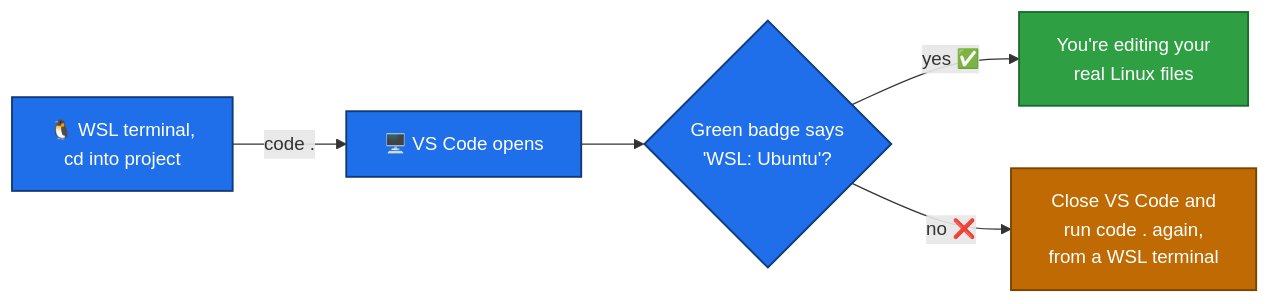
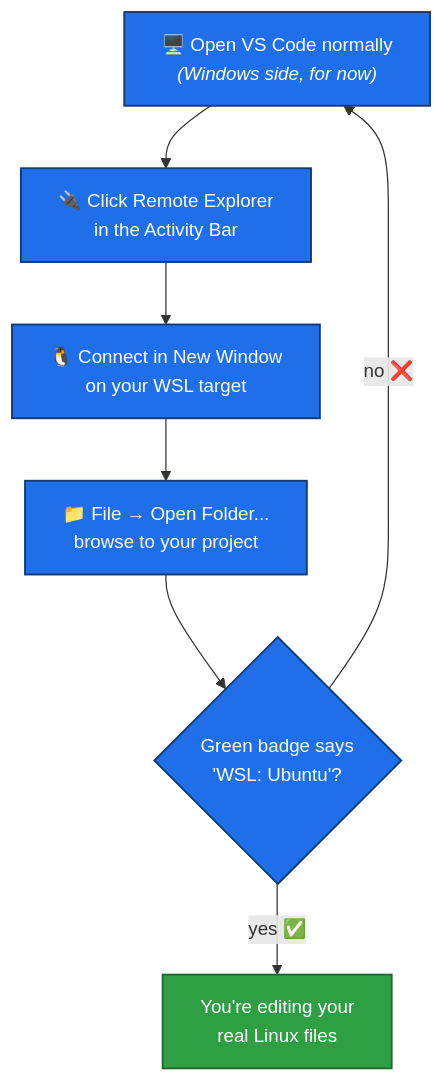
The diagram in Knowledge/VSCode/02-vscode-with-wsl.md (bhuvi-garg/Med-Verify), drawn with Mermaid before and after one commit. The commit also changed other lines of this file and 4 other files, not shown here.

First line of the commit message:
mv: fix branch diagram overlap and VS Code method

````diff
--- a/Knowledge/VSCode/02-vscode-with-wsl.md
+++ b/Knowledge/VSCode/02-vscode-with-wsl.md
@@ -29,16 +20,17 @@
 ```mermaid
 %%{init: {"flowchart": {"curve": "basis"}, "themeVariables": {"fontSize": "15px"}} }%%
-flowchart LR
-    A["🐧 WSL terminal,<br/>cd into project"] -- "code ." --> B["🖥️ VS Code opens"]
-    B --> C{"Green badge says<br/>'WSL: Ubuntu'?"}
-    C -- "yes ✅" --> D["You're editing your<br/>real Linux files"]
-    C -- "no ❌" --> E["Close VS Code and<br/>run code . again,<br/>from a WSL terminal"]
+flowchart TB
+    A["🖥️ Open VS Code normally<br/><i>(Windows side, for now)</i>"] --> B["🔌 Click Remote Explorer<br/>in the Activity Bar"]
+    B --> C["🐧 Connect in New Window<br/>on your WSL target"]
+    C --> D["📁 File → Open Folder...<br/>browse to your project"]
+    D --> E{"Green badge says<br/>'WSL: Ubuntu'?"}
+    E -- "yes ✅" --> F["You're editing your<br/>real Linux files"]
+    E -- "no ❌" --> A
 
     classDef good fill:#2ea043,stroke:#1a6b30,color:#ffffff,stroke-width:1.5px;
     classDef bad fill:#bf6a02,stroke:#7a4400,color:#ffffff,stroke-width:1.5px;
     classDef step fill:#1f6feb,stroke:#123a75,color:#ffffff,stroke-width:1.5px;
 
-    class A,B,C step;
-    class D good;
-    class E bad;
+    class A,B,C,D,E step;
+    class F good;
 ```
````
